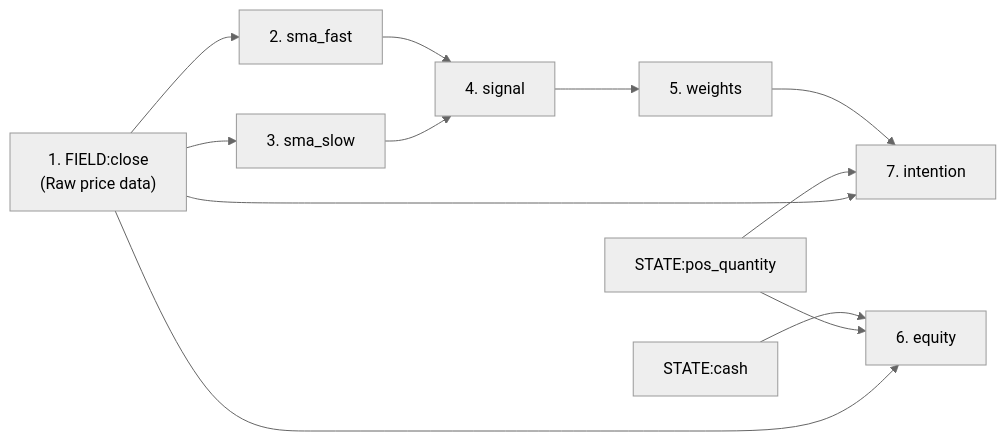
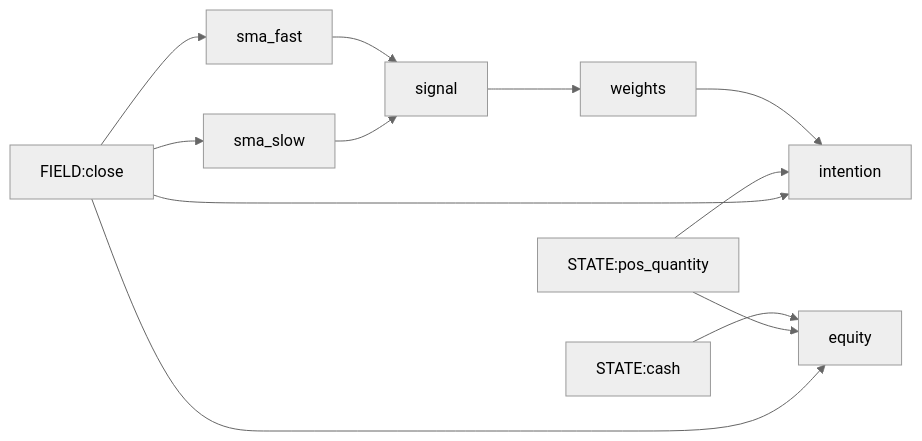
One commit to Clypt/docs changed the second of 3 diagrams in backtesting/lookahead-bias-prevention.mdx. Above: the diagram before and after it, drawn with Mermaid (neutral theme). The commit also changed other lines of this file and 12 other files, not shown here.

````diff
--- a/backtesting/lookahead-bias-prevention.mdx
+++ b/backtesting/lookahead-bias-prevention.mdx
@@ -116,14 +116,14 @@
 ```mermaid
 flowchart LR
-    FC["1. FIELD:close<br>(Raw price data)"] --> SF["2. sma_fast"]
-    FC --> SS["3. sma_slow"]
-    SF --> SIG["4. signal"]
+    FC["FIELD:close"] --> SF["sma_fast"]
+    FC --> SS["sma_slow"]
+    SF --> SIG["signal"]
     SS --> SIG
-    SIG --> W["5. weights"]
-    SC["STATE:cash"] --> EQ["6. equity"]
+    SIG --> W["weights"]
+    SC["STATE:cash"] --> EQ["equity"]
     SP["STATE:pos_quantity"] --> EQ
     FC --> EQ
-    W --> INT["7. intention"]
+    W --> INT["intention"]
     SP --> INT
     FC --> INT
 ```
````
